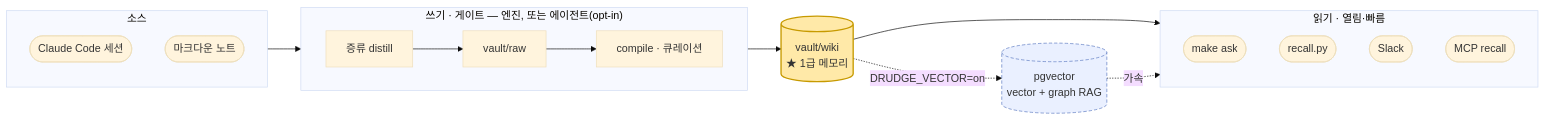
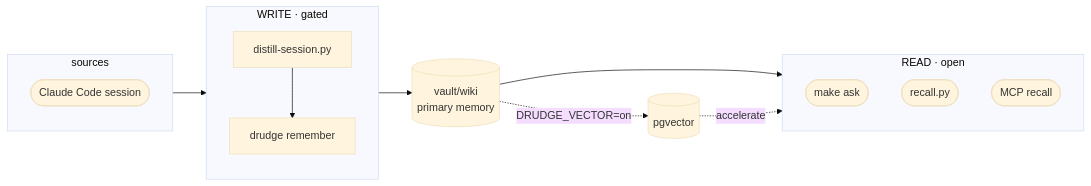
Before and after one commit to jazz1x/ohmyboring: the diagram in README.ko.md, drawn with Mermaid (base theme). The commit also changed other lines of this file and 2 other files, not shown here.

First line of the commit message:
docs: rewrite READMEs for clarity and current architecture

````diff
--- a/README.ko.md
+++ b/README.ko.md
@@ -16,27 +37,18 @@
 ```mermaid
 flowchart LR
-  subgraph SRC ["소스"]
-    direction TB
-    CC(["Claude Code 세션"])
-    NT(["마크다운 노트"])
+  subgraph SRC [sources]
+    CC([Claude Code session])
   end
-  subgraph WRITE ["쓰기 · 게이트 — 엔진, 또는 에이전트(opt-in)"]
-    direction LR
-    D["증류 distill"] --> RAW["vault/raw"] --> CP["compile · 큐레이션"]
+  subgraph WRITE [WRITE · gated]
+    D["distill-session.py"] --> REM["drudge remember"]
   end
-  WIKI[("vault/wiki<br/>★ 1급 메모리")]
-  subgraph RD ["읽기 · 열림·빠름"]
-    direction TB
-    ASK(["make ask"])
-    REC(["recall.py"])
-    SLK(["Slack"])
-    MCP(["MCP recall"])
+  WIKI[("vault/wiki<br/>primary memory")]
+  subgraph RD [READ · open]
+    ASK([make ask])
+    REC([recall.py])
+    MCP([MCP recall])
   end
   SRC --> WRITE --> WIKI --> RD
-  WIKI -. "DRUDGE_VECTOR=on" .-> PG[("pgvector<br/>vector + graph RAG")]
-  PG -. 가속 .-> RD
-  classDef hub fill:#ffe9a8,stroke:#c79a00,stroke-width:2px;
-  classDef opt fill:#eaf0ff,stroke:#5a78c0,stroke-dasharray:5 3;
-  class WIKI hub;
-  class PG opt;
+  WIKI -. "DRUDGE_VECTOR=on" .-> PG[("pgvector")]
+  PG -. accelerate .-> RD
 ```
````
